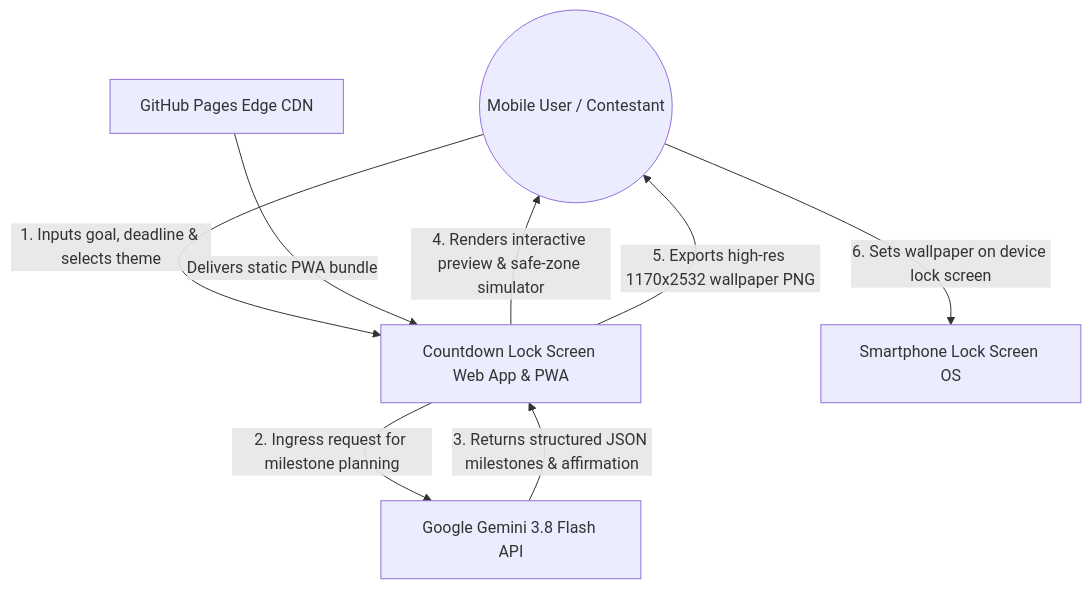
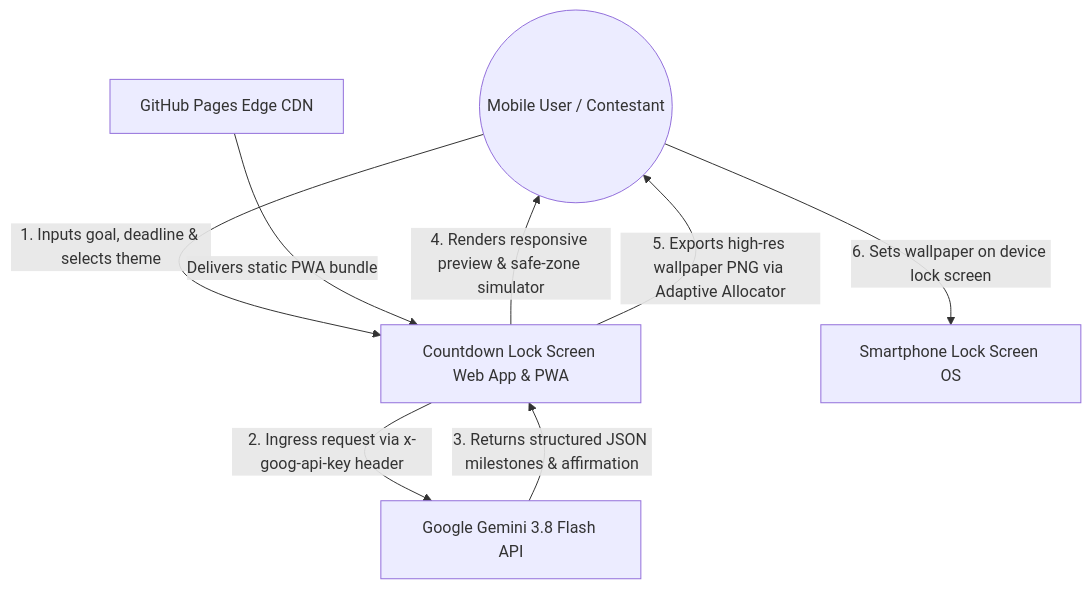
One commit to piyushmakhija28/countdown-lockscreen-challenge changed the first of 4 diagrams in docs/02-hld.md. Above: the diagram before and after it, drawn with Mermaid. The commit also changed other lines of this file and 49 other files, not shown here.

Commit message:
docs(audit): complete 66-doc synchronization, security hardening, and architectural deepening to Level 2.2 standard

````diff
--- a/docs/02-hld.md
+++ b/docs/02-hld.md
@@ -61,16 +63,16 @@
 ```mermaid
 graph TD
     User((Mobile User / Contestant))
     App[Countdown Lock Screen Web App & PWA]
     Gemini[Google Gemini 3.8 Flash API]
     CDN[GitHub Pages Edge CDN]
     OS[Smartphone Lock Screen OS]
 
     User -->|1. Inputs goal, deadline & selects theme| App
-    App -->|2. Ingress request for milestone planning| Gemini
+    App -->|2. Ingress request via x-goog-api-key header| Gemini
     Gemini -->|3. Returns structured JSON milestones & affirmation| App
-    App -->|4. Renders interactive preview & safe-zone simulator| User
-    App -->|5. Exports high-res 1170x2532 wallpaper PNG| User
+    App -->|4. Renders responsive preview & safe-zone simulator| User
+    App -->|5. Exports high-res wallpaper PNG via Adaptive Allocator| User
     User -->|6. Sets wallpaper on device lock screen| OS
     CDN -->|Delivers static PWA bundle| App
 ```
````
